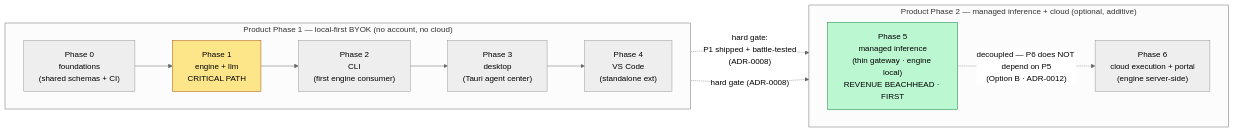
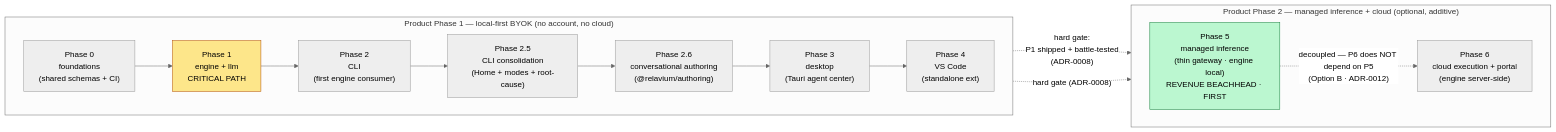
One commit to HodeTech/Relavium changed the first of 2 diagrams in docs/roadmap/README.md. Above: the diagram before and after it, drawn with Mermaid (neutral theme). The commit also changed other lines of this file and 3 other files, not shown here.

First line of the commit message:
docs(roadmap): add Phase 2.5 (CLI consolidation) and Phase 2.6 (authoring)

````diff
--- a/docs/roadmap/README.md
+++ b/docs/roadmap/README.md
@@ -84,25 +84,27 @@
 ```mermaid
 flowchart LR
     subgraph P1["Product Phase 1 — local-first BYOK (no account, no cloud)"]
         direction LR
         P0["Phase 0<br/>foundations<br/>(shared schemas + CI)"]
         P1E["Phase 1<br/>engine + llm<br/>CRITICAL PATH"]
         P2["Phase 2<br/>CLI<br/>(first engine consumer)"]
+        P25["Phase 2.5<br/>CLI consolidation<br/>(Home + modes + root-cause)"]
+        P26["Phase 2.6<br/>conversational authoring<br/>(@relavium/authoring)"]
         P3["Phase 3<br/>desktop<br/>(Tauri agent center)"]
         P4["Phase 4<br/>VS Code<br/>(standalone ext)"]
-        P0 --> P1E --> P2 --> P3 --> P4
+        P0 --> P1E --> P2 --> P25 --> P26 --> P3 --> P4
     end
     subgraph P2C["Product Phase 2 — managed inference + cloud (optional, additive)"]
         direction LR
         P5["Phase 5<br/>managed inference<br/>(thin gateway · engine local)<br/>REVENUE BEACHHEAD · FIRST"]
         P6["Phase 6<br/>cloud execution + portal<br/>(engine server-side)"]
     end
     P4 -. "hard gate:<br/>P1 shipped + battle-tested<br/>(ADR-0008)" .-> P5
     P4 -. "hard gate (ADR-0008)" .-> P6
     P5 -. "decoupled — P6 does NOT depend on P5<br/>(Option B · ADR-0012)" .-> P6
 
     classDef crit fill:#fde68a,stroke:#b45309,color:#000;
     classDef rev fill:#bbf7d0,stroke:#15803d,color:#000;
     class P1E crit;
     class P5 rev;
 ```
````
